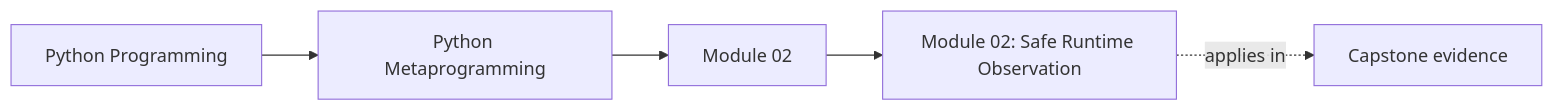
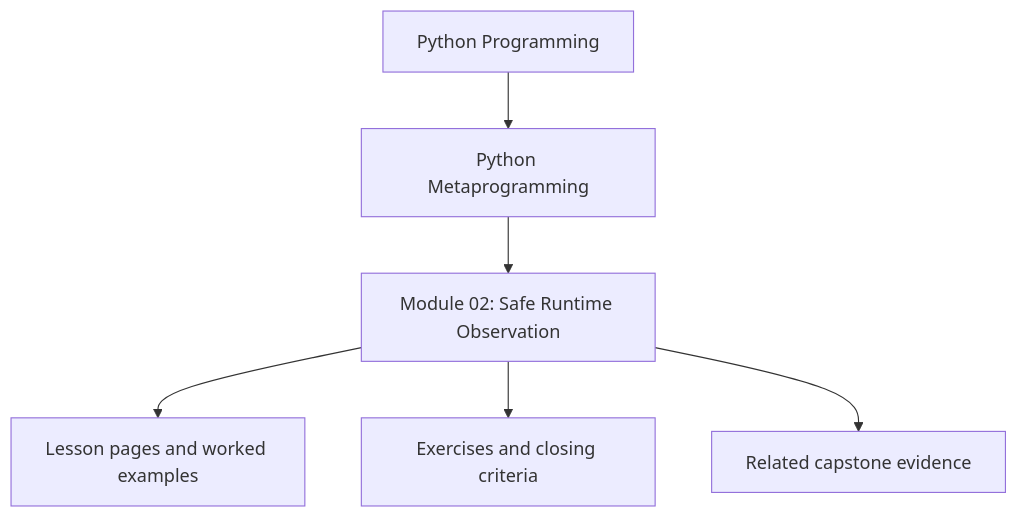
One commit to bijux/bijux-masterclass changed the first of 4 diagrams in programs/python-programming/python-meta-programming/course-book/module-02-safe-runtime-observation/index.md. Above: the diagram before and after it, drawn with Mermaid. The commit also changed other lines of this file and 10 other files, not shown here.

Commit message:
docs(python-meta-programming): reposition module overview diagrams

````diff
--- a/programs/python-programming/python-meta-programming/course-book/module-02-safe-runtime-observation/index.md
+++ b/programs/python-programming/python-meta-programming/course-book/module-02-safe-runtime-observation/index.md
@@ -8,11 +8,8 @@
 ```mermaid
-graph LR
-  family["Python Programming"]
-  program["Python Metaprogramming"]
-  section["Module 02"]
-  page["Module 02: Safe Runtime Observation"]
-  capstone["Capstone evidence"]
-
-  family --> program --> section --> page
-  page -.applies in.-> capstone
+flowchart TD
+  family["Python Programming"] --> program["Python Metaprogramming"]
+  program --> module["Module 02: Safe Runtime Observation"]
+  module --> lessons["Lesson pages and worked examples"]
+  module --> checkpoints["Exercises and closing criteria"]
+  module --> capstone["Related capstone evidence"]
 ```
````
